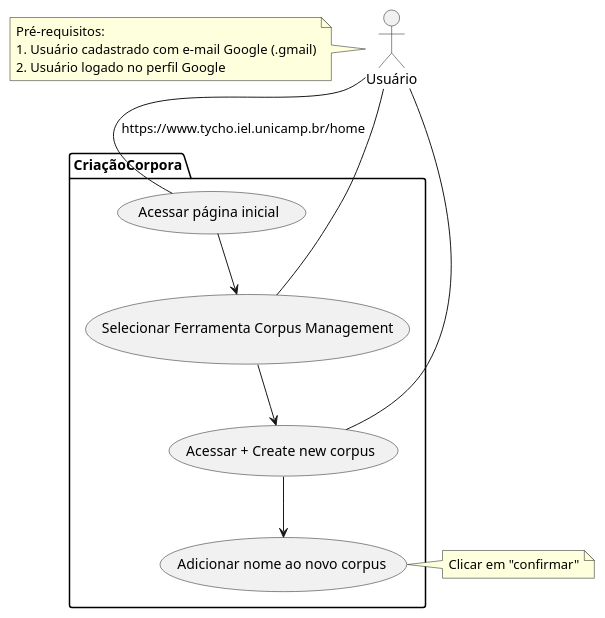
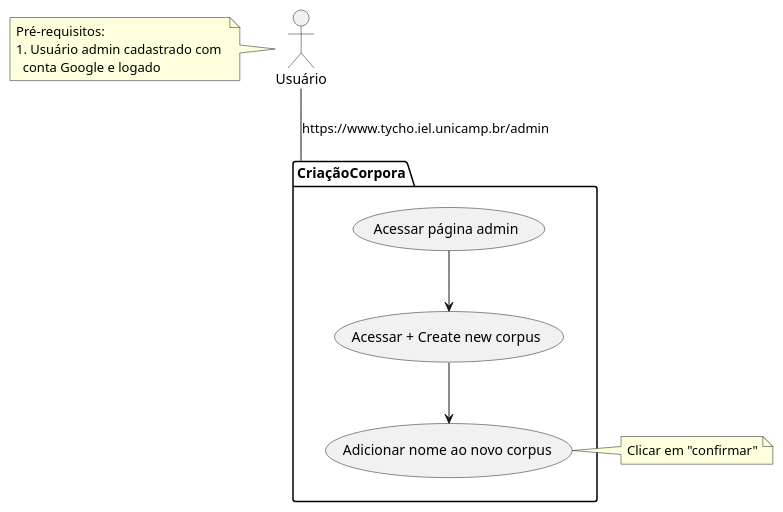
The diagram in diagrams/subcaso_4.1_criacao_corpus.wsd (tycho-brahe-platform/tutorials), drawn with PlantUML before and after one commit. The commit also changed 8 other files, not shown here.

```diff
--- a/diagrams/subcaso_4.1_criacao_corpus.wsd
+++ b/diagrams/subcaso_4.1_criacao_corpus.wsd
@@ -1,28 +1,26 @@
 @startuml "Caso de uso 04.01 Criação corpus"
 actor "Usuário" as User
 
 package CriaçãoCorpora {
    
     
-    (Acessar página inicial) --> (Selecionar Ferramenta Corpus Management)
-
-    (Selecionar Ferramenta Corpus Management) --> (Acessar + Create new corpus)
+    (Acessar página admin) --> (Acessar + Create new corpus)
 
    (Acessar + Create new corpus) --> (Adicionar nome ao novo corpus) 
 }
 
 
 note left of User
   Pré-requisitos:
-  1. Usuário cadastrado com e-mail Google (.gmail)
-  2. Usuário logado no perfil Google
+  1. Usuário admin cadastrado com 
+    conta Google e logado
 end note
 
 note right of (Adicionar nome ao novo corpus)
 Clicar em "confirmar"
 end note
 
-User -- (Acessar página inicial):  https://www.tycho.iel.unicamp.br/home
-User -- (Selecionar Ferramenta Corpus Management)
-User --  (Acessar + Create new corpus)
+User -- CriaçãoCorpora :  https://www.tycho.iel.unicamp.br/admin
+
+
 @enduml
```
